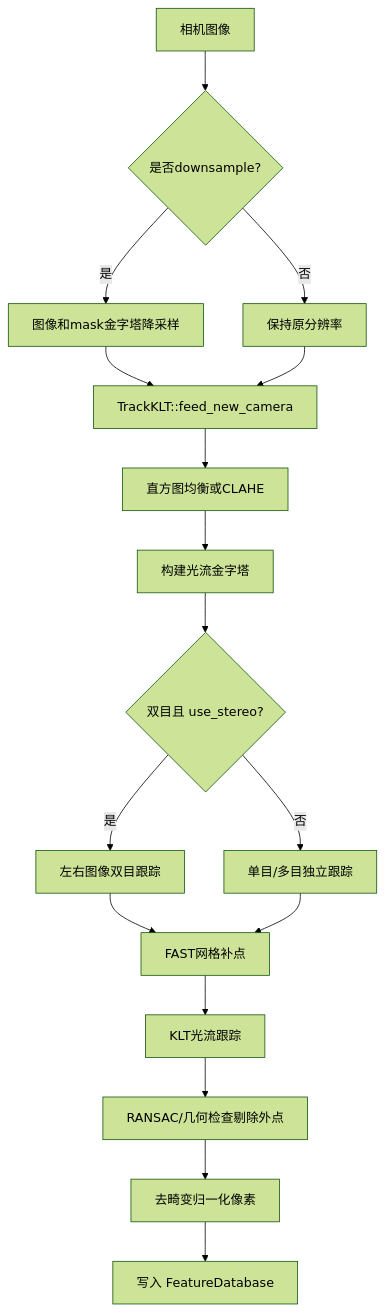
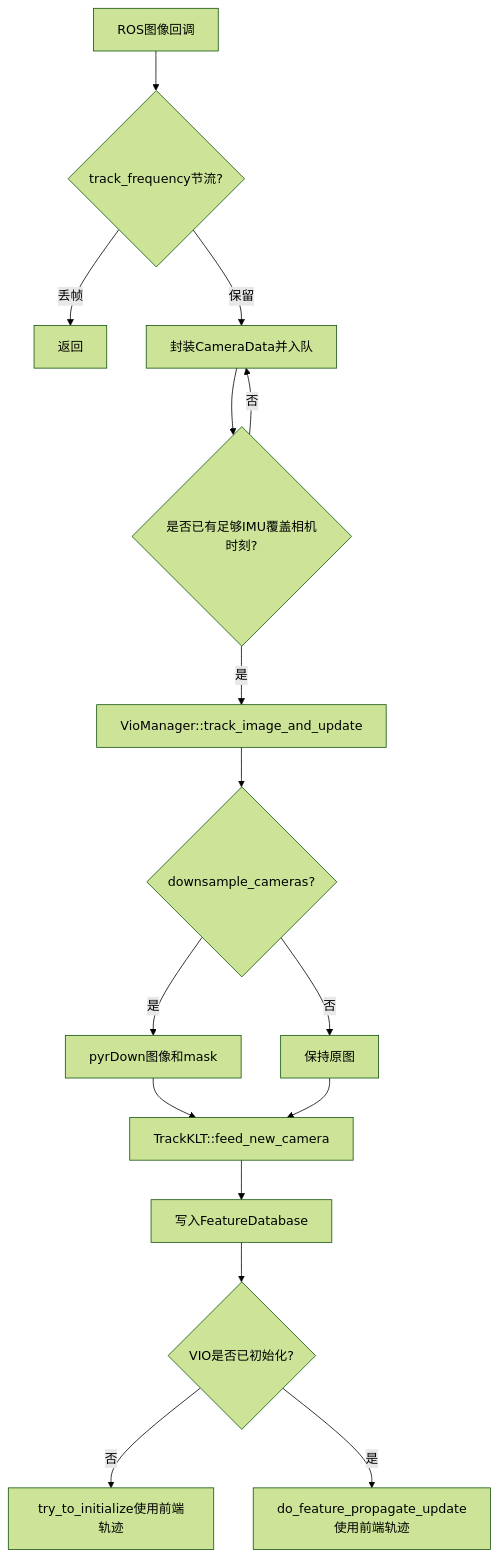
Before and after one commit to karmueo/open_vins: the fourth of 10 diagrams in 算法.md, drawn with Mermaid (forest theme). The commit also changed other lines of this file and 2 other files, not shown here.

````diff
--- a/算法.md
+++ b/算法.md
@@ -190,19 +907,18 @@
 ```mermaid
 flowchart TD
-  A[相机图像] --> B{是否downsample?}
-  B -- 是 --> C[图像和mask金字塔降采样]
-  B -- 否 --> D[保持原分辨率]
-  C --> E[TrackKLT::feed_new_camera]
-  D --> E
-  E --> F[直方图均衡或CLAHE]
-  F --> G[构建光流金字塔]
-  G --> H{双目且 use_stereo?}
-  H -- 是 --> I[左右图像双目跟踪]
-  H -- 否 --> J[单目/多目独立跟踪]
-  I --> K[FAST网格补点]
-  J --> K
-  K --> L[KLT光流跟踪]
-  L --> M[RANSAC/几何检查剔除外点]
-  M --> N[去畸变归一化像素]
-  N --> O[写入 FeatureDatabase]
+  A[ROS图像回调] --> B{track_frequency节流?}
+  B -- 丢帧 --> C[返回]
+  B -- 保留 --> D[封装CameraData并入队]
+  D --> E{是否已有足够IMU覆盖相机时刻?}
+  E -- 否 --> D
+  E -- 是 --> F[VioManager::track_image_and_update]
+  F --> G{downsample_cameras?}
+  G -- 是 --> H[pyrDown图像和mask]
+  G -- 否 --> I[保持原图]
+  H --> J[TrackKLT::feed_new_camera]
+  I --> J
+  J --> K[写入FeatureDatabase]
+  K --> L{VIO是否已初始化?}
+  L -- 否 --> M[try_to_initialize使用前端轨迹]
+  L -- 是 --> N[do_feature_propagate_update使用前端轨迹]
 ```
````
